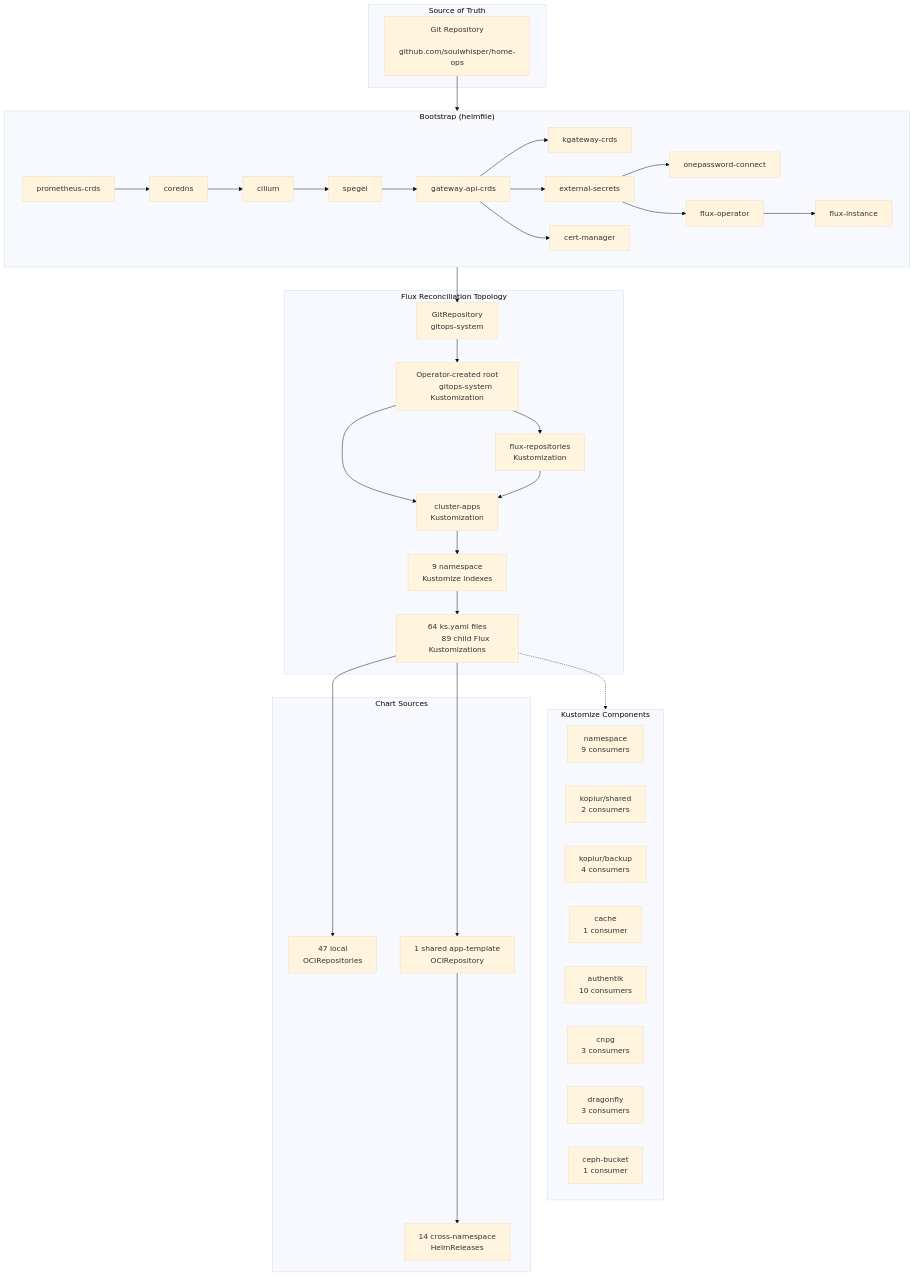
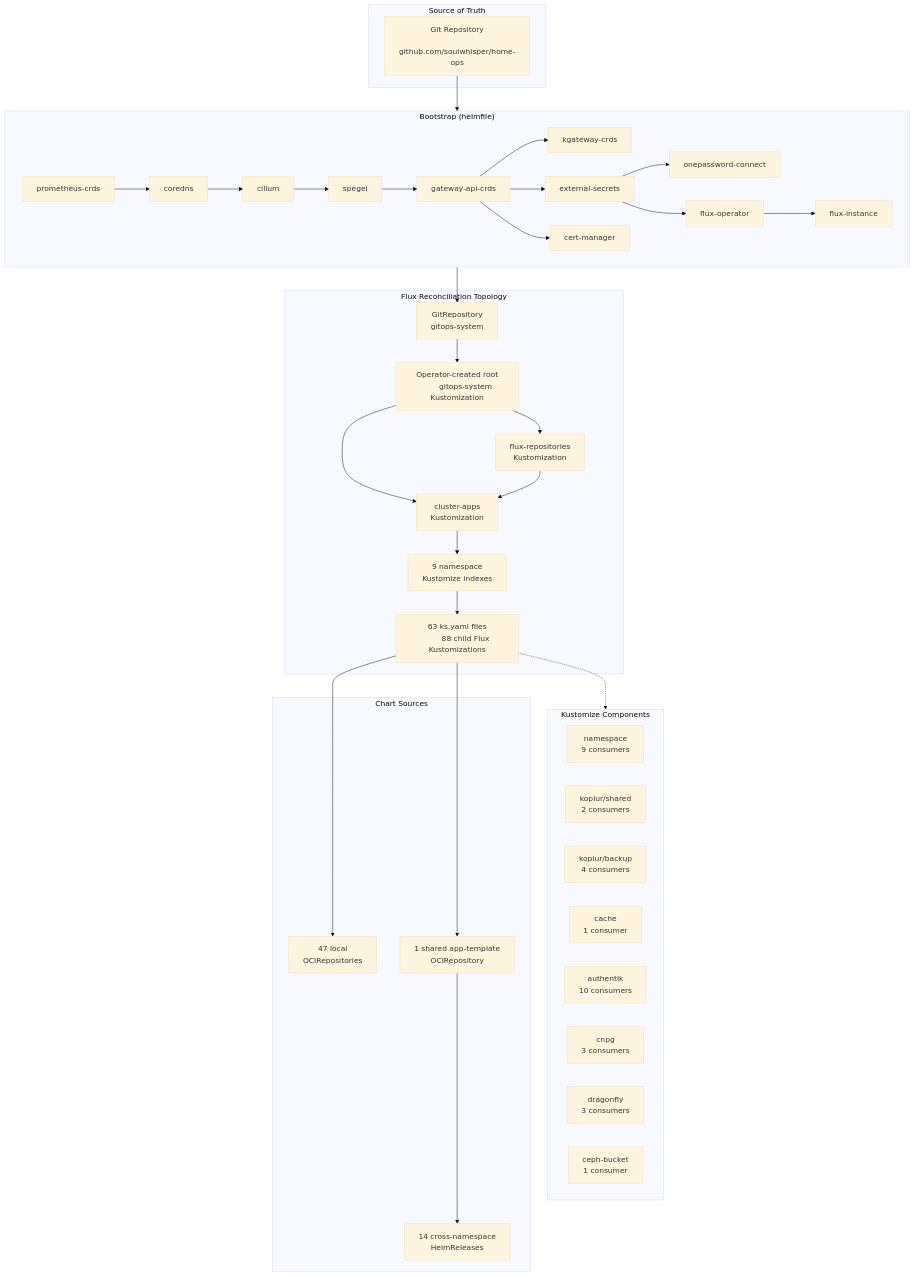
The diagram in docs/infrastructure/kubernetes.md (soulwhisper/home-ops), drawn with Mermaid (base theme) before and after one commit. The commit also changed other lines of this file and 20 other files, not shown here.

````diff
--- a/docs/infrastructure/kubernetes.md
+++ b/docs/infrastructure/kubernetes.md
@@ -12,71 +12,71 @@
 ```mermaid
 flowchart TB
     subgraph Source["Source of Truth"]
         GIT["Git Repository
         github.com/soulwhisper/home-ops"]
     end
 
     subgraph Bootstrap["Bootstrap (helmfile)"]
         direction LR
         B1["prometheus-crds"] --> B2["coredns"]
         B2 --> B3["cilium"]
         B3 --> B4["spegel"]
         B4 --> B5["gateway-api-crds"]
         B5 --> B6["kgateway-crds"]
         B5 --> B7["external-secrets"]
         B5 --> B8["cert-manager"]
         B7 --> B9["onepassword-connect"]
         B7 --> B11["flux-operator"]
         B11 --> B12["flux-instance"]
     end
 
     subgraph FluxTopo["Flux Reconciliation Topology"]
         GR["GitRepository
         gitops-system"] --> ROOT["Operator-created root
         gitops-system Kustomization"]
         ROOT --> FR["flux-repositories
         Kustomization"]
         ROOT --> CA["cluster-apps
         Kustomization"]
         FR --> CA
         CA --> NS["9 namespace
         Kustomize indexes"]
-        NS --> APPS["64 ks.yaml files
-        89 child Flux Kustomizations"]
+        NS --> APPS["63 ks.yaml files
+        88 child Flux Kustomizations"]
     end
 
     subgraph Components["Kustomize Components"]
         NS_COMP["namespace
         9 consumers"]
         KOPIUR_SECRET["kopiur/shared
         2 consumers"]
         KOPIUR_BACKUP["kopiur/backup
         4 consumers"]
         CACHE["cache
         1 consumer"]
         AUTHENTIK["authentik
         10 consumers"]
         CNPG["cnpg
         3 consumers"]
         DRAGONFLY["dragonfly
         3 consumers"]
         CEPH["ceph-bucket
         1 consumer"]
     end
 
     subgraph Charts["Chart Sources"]
         OCI_OWN["47 local
         OCIRepositories"]
         OCI_TPL["1 shared app-template
         OCIRepository"]
         CROSS["14 cross-namespace
         HelmReleases"]
     end
 
     GIT --> Bootstrap
     Bootstrap --> GR
     APPS -.-> Components
     APPS --> OCI_OWN
     APPS --> OCI_TPL
     OCI_TPL --> CROSS
 ```
````
